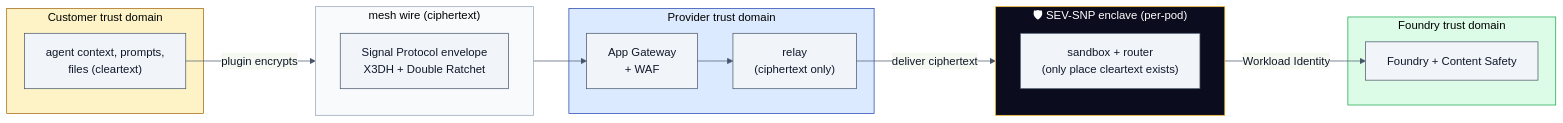
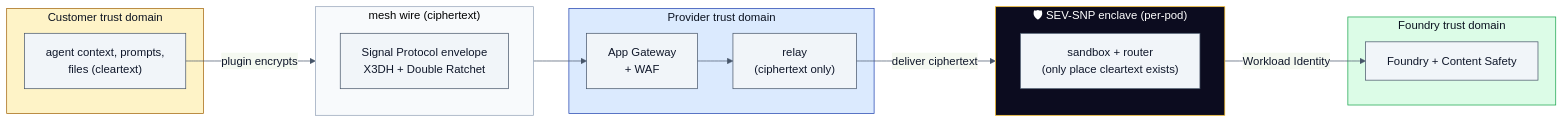
Before and after one commit to lachie83/kars: the third of 4 diagrams in docs/blueprints/04-managed-public-offload.md, drawn with Mermaid. The commit also changed other lines of this file and 175 other files, not shown here.

````diff
--- a/docs/blueprints/04-managed-public-offload.md
+++ b/docs/blueprints/04-managed-public-offload.md
@@ -169,36 +169,36 @@
 ```mermaid
 %%{init: {'theme':'base','themeVariables':{'primaryColor':'#f1f5f9','primaryBorderColor':'#475569','primaryTextColor':'#0f172a','lineColor':'#475569','clusterBkg':'#f8fafc','clusterBorder':'#94a3b8','fontFamily':'-apple-system, BlinkMacSystemFont, Segoe UI, sans-serif'}}}%%
 flowchart LR
   subgraph Cust["Customer trust domain"]
     UserCtx["agent context, prompts,<br/>files (cleartext)"]
   end
   subgraph Wire[" mesh wire (ciphertext) "]
     Frame["Signal Protocol envelope<br/>X3DH + Double Ratchet"]
   end
   subgraph Provider["Provider trust domain"]
     Edge["App Gateway<br/>+ WAF"]
     Relay["relay<br/>(ciphertext only)"]
   end
   subgraph Enclave["🛡 SEV-SNP enclave (per-pod)"]
     direction TB
     Sandbox["sandbox + router<br/>(only place cleartext exists)"]
   end
   subgraph FoundryDom["Foundry trust domain"]
     Foundry["Foundry + Content Safety"]
   end
 
   UserCtx -->|"plugin encrypts"| Wire
   Wire --> Edge
   Edge --> Relay
   Relay -->|"deliver ciphertext"| Sandbox
   Sandbox -->|"Workload Identity"| Foundry
 
-  classDef cust fill:#fef3c7,stroke:#a16207;
-  classDef prov fill:#dbeafe,stroke:#1e40af;
+  classDef cust fill:#fef3c7,stroke:#a16207,color:#0b1220;
+  classDef prov fill:#dbeafe,stroke:#1e40af,color:#0b1220;
   classDef enc fill:#0c0c1f,stroke:#fbbf24,color:#fff;
-  classDef fnd fill:#dcfce7,stroke:#16a34a;
+  classDef fnd fill:#dcfce7,stroke:#16a34a,color:#0b1220;
   class Cust cust;
   class Provider prov;
   class Enclave enc;
   class FoundryDom fnd;
 ```
````
